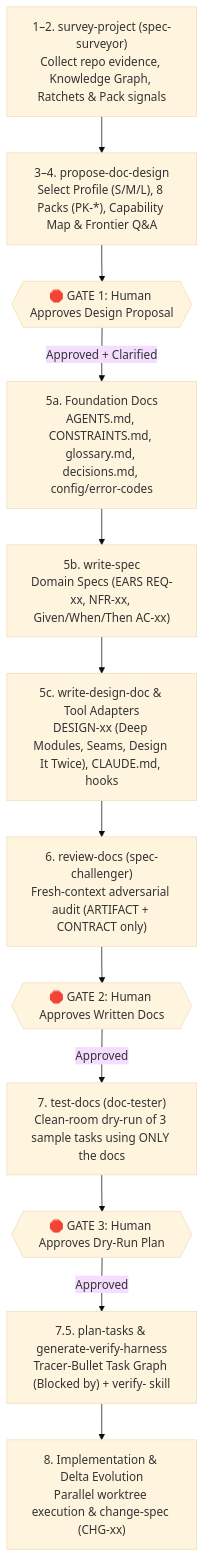
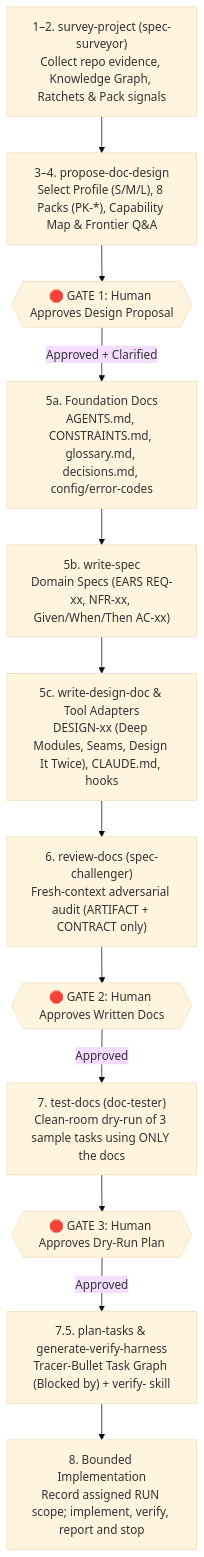
Before and after one commit to huongmh14/writing-spec-for-ai: the diagram in README.md, drawn with Mermaid (base theme). The commit also changed other lines of this file and 36 other files, not shown here.

````diff
--- a/README.md
+++ b/README.md
@@ -181,14 +185,14 @@
 ```mermaid
 flowchart TD
     S1["1–2. survey-project (spec-surveyor)<br/>Collect repo evidence, Knowledge Graph, Ratchets & Pack signals"] --> S3["3–4. propose-doc-design<br/>Select Profile (S/M/L), 8 Packs (PK-*), Capability Map & Frontier Q&A"]
     S3 --> G1{{"🛑 GATE 1: Human Approves Design Proposal"}}
     G1 -->|Approved + Clarified| S5A["5a. Foundation Docs<br/>AGENTS.md, CONSTRAINTS.md, glossary.md, decisions.md, config/error-codes"]
     S5A --> S5B["5b. write-spec<br/>Domain Specs (EARS REQ-xx, NFR-xx, Given/When/Then AC-xx)"]
     S5B --> S5C["5c. write-design-doc & Tool Adapters<br/>DESIGN-xx (Deep Modules, Seams, Design It Twice), CLAUDE.md, hooks"]
     S5C --> S6["6. review-docs (spec-challenger)<br/>Fresh-context adversarial audit (ARTIFACT + CONTRACT only)"]
     S6 --> G2{{"🛑 GATE 2: Human Approves Written Docs"}}
     G2 -->|Approved| S7["7. test-docs (doc-tester)<br/>Clean-room dry-run of 3 sample tasks using ONLY the docs"]
     S7 --> G3{{"🛑 GATE 3: Human Approves Dry-Run Plan"}}
     G3 -->|Approved| S75["7.5. plan-tasks & generate-verify-harness<br/>Tracer-Bullet Task Graph (Blocked by) + verify-<app> skill"]
-    S75 --> S8["8. Implementation & Delta Evolution<br/>Parallel worktree execution & change-spec (CHG-xx)"]
+    S75 --> S8["8. Bounded Implementation<br/>Record assigned RUN scope; implement, verify, report and stop"]
 ```
````
